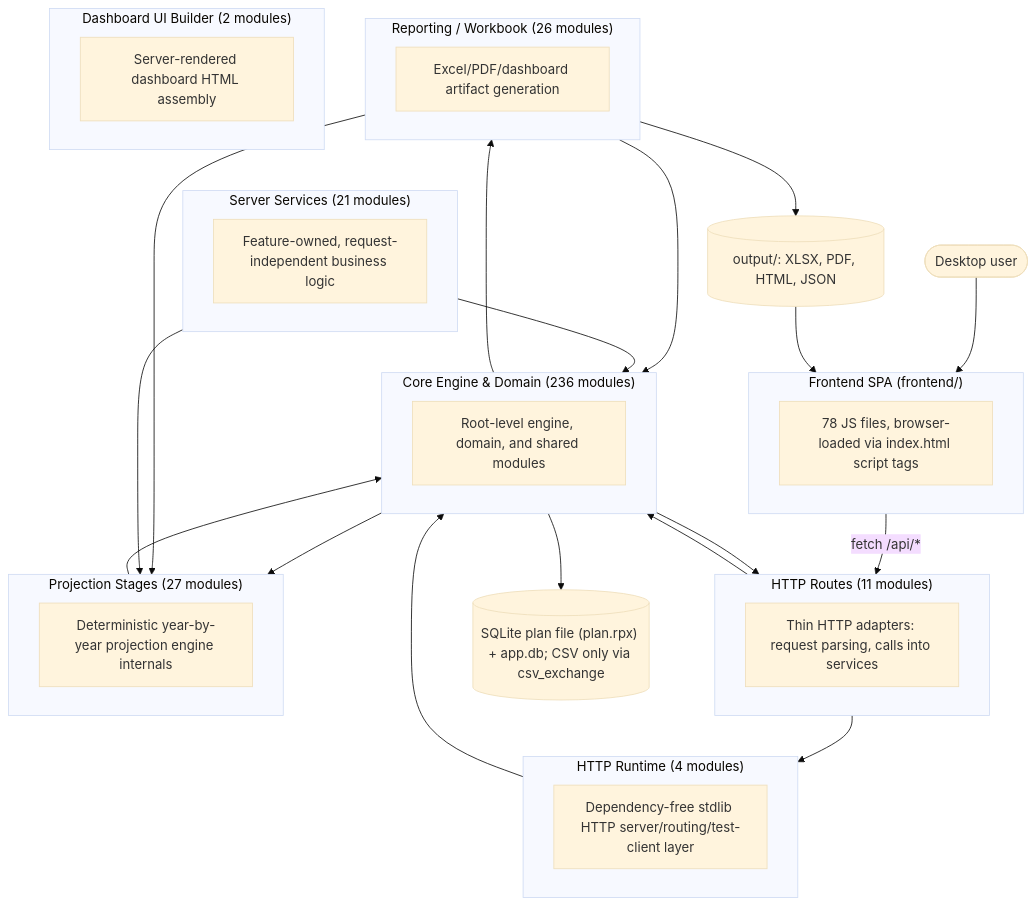
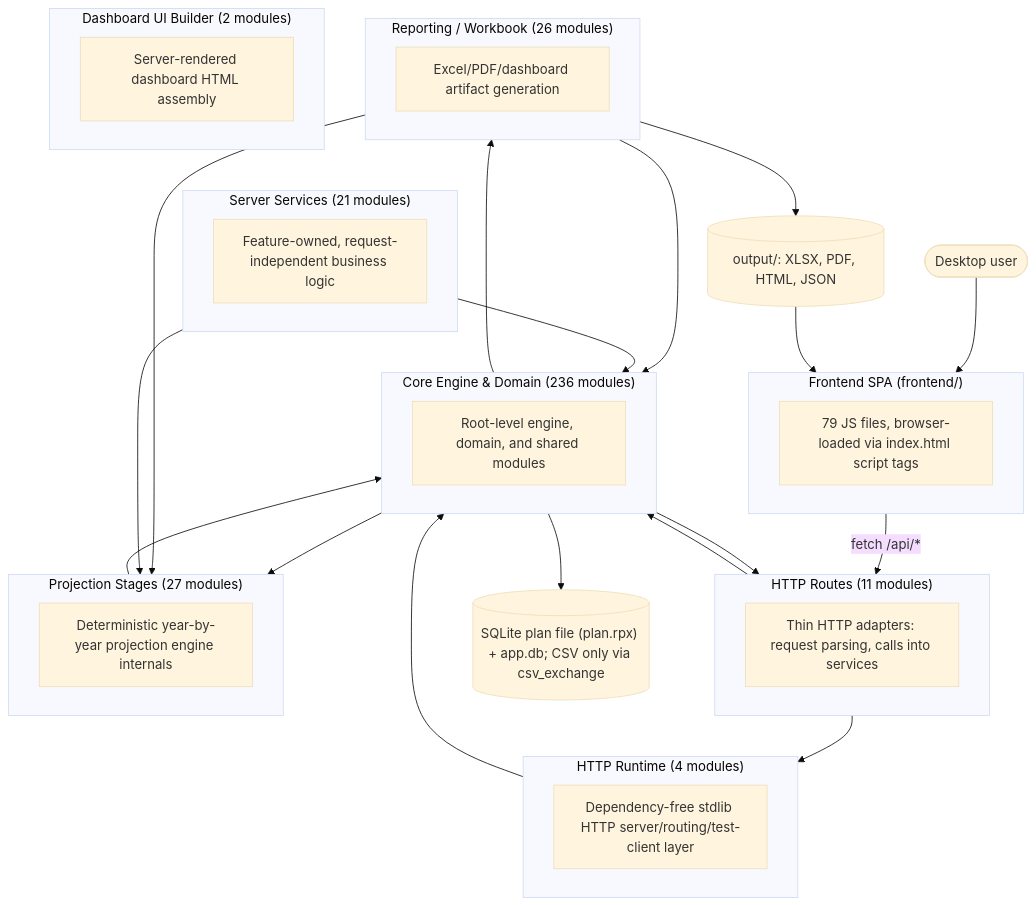
The first of 2 diagrams in documentation/reference/SYSTEM_ARCHITECTURE_DIAGRAM.md (matthartzman/retirement_system), drawn with Mermaid (base theme) before and after one commit. The commit also changed other lines of this file and 7 other files, not shown here.

````diff
--- a/documentation/reference/SYSTEM_ARCHITECTURE_DIAGRAM.md
+++ b/documentation/reference/SYSTEM_ARCHITECTURE_DIAGRAM.md
@@ -11,43 +11,43 @@
 ```mermaid
 flowchart TB
     User(["Desktop user"]) --> FE
     subgraph FE["Frontend SPA (frontend/)"]
-        FEcount["78 JS files, browser-loaded via index.html script tags"]
+        FEcount["79 JS files, browser-loaded via index.html script tags"]
     end
     FE -->|fetch /api/*| L_HTTP_Routes
     subgraph L_HTTP_Routes["HTTP Routes (11 modules)"]
         L_HTTP_Routes_d["Thin HTTP adapters: request parsing, calls into services"]
     end
     subgraph L_Server_Services["Server Services (21 modules)"]
         L_Server_Services_d["Feature-owned, request-independent business logic"]
     end
     subgraph L_HTTP_Runtime["HTTP Runtime (4 modules)"]
         L_HTTP_Runtime_d["Dependency-free stdlib HTTP server/routing/test-client layer"]
     end
     subgraph L_Core_Engine___Domain["Core Engine & Domain (236 modules)"]
         L_Core_Engine___Domain_d["Root-level engine, domain, and shared modules"]
     end
     subgraph L_Projection_Stages["Projection Stages (27 modules)"]
         L_Projection_Stages_d["Deterministic year-by-year projection engine internals"]
     end
     subgraph L_Reporting___Workbook["Reporting / Workbook (26 modules)"]
         L_Reporting___Workbook_d["Excel/PDF/dashboard artifact generation"]
     end
     subgraph L_Dashboard_UI_Builder["Dashboard UI Builder (2 modules)"]
         L_Dashboard_UI_Builder_d["Server-rendered dashboard HTML assembly"]
     end
     L_Core_Engine___Domain --> L_HTTP_Routes
     L_Core_Engine___Domain --> L_Projection_Stages
     L_Core_Engine___Domain --> L_Reporting___Workbook
     L_HTTP_Routes --> L_Core_Engine___Domain
     L_HTTP_Routes --> L_HTTP_Runtime
     L_HTTP_Runtime --> L_Core_Engine___Domain
     L_Projection_Stages --> L_Core_Engine___Domain
     L_Reporting___Workbook --> L_Core_Engine___Domain
     L_Reporting___Workbook --> L_Projection_Stages
     L_Server_Services --> L_Core_Engine___Domain
     L_Server_Services --> L_Projection_Stages
     L_Core_Engine___Domain --> DB[("SQLite plan file (plan.rpx) + app.db; CSV only via csv_exchange")]
     L_Reporting___Workbook --> Outputs[("output/: XLSX, PDF, HTML, JSON")]
     Outputs --> FE
 ```
````
